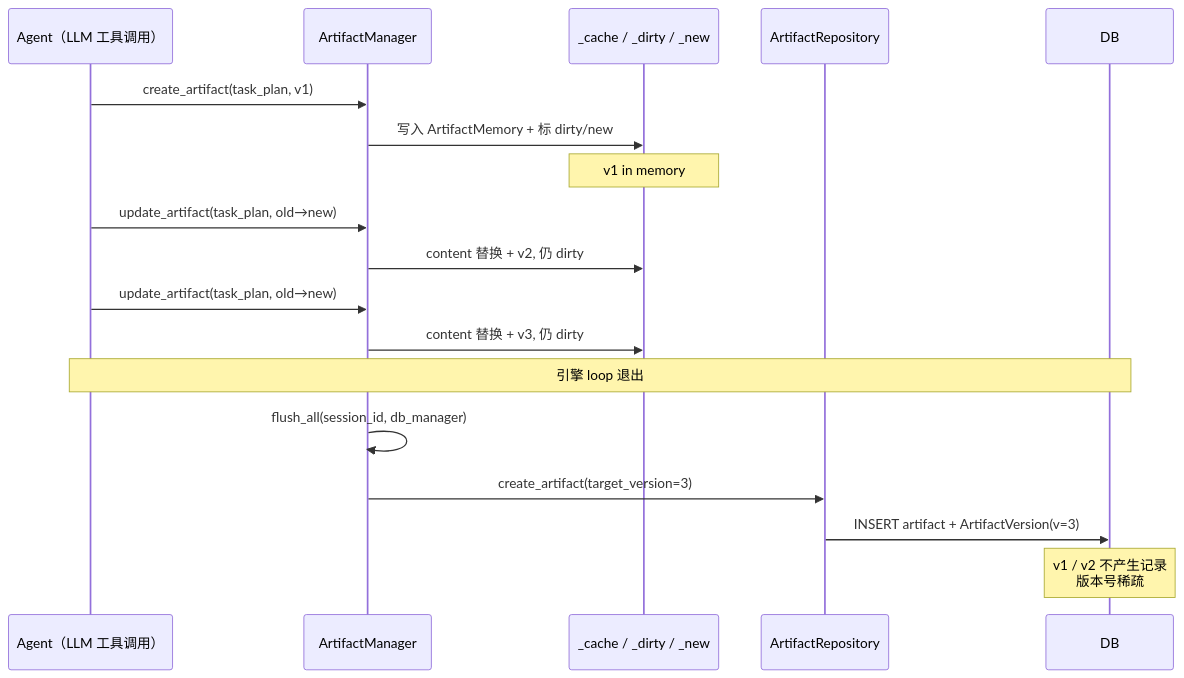
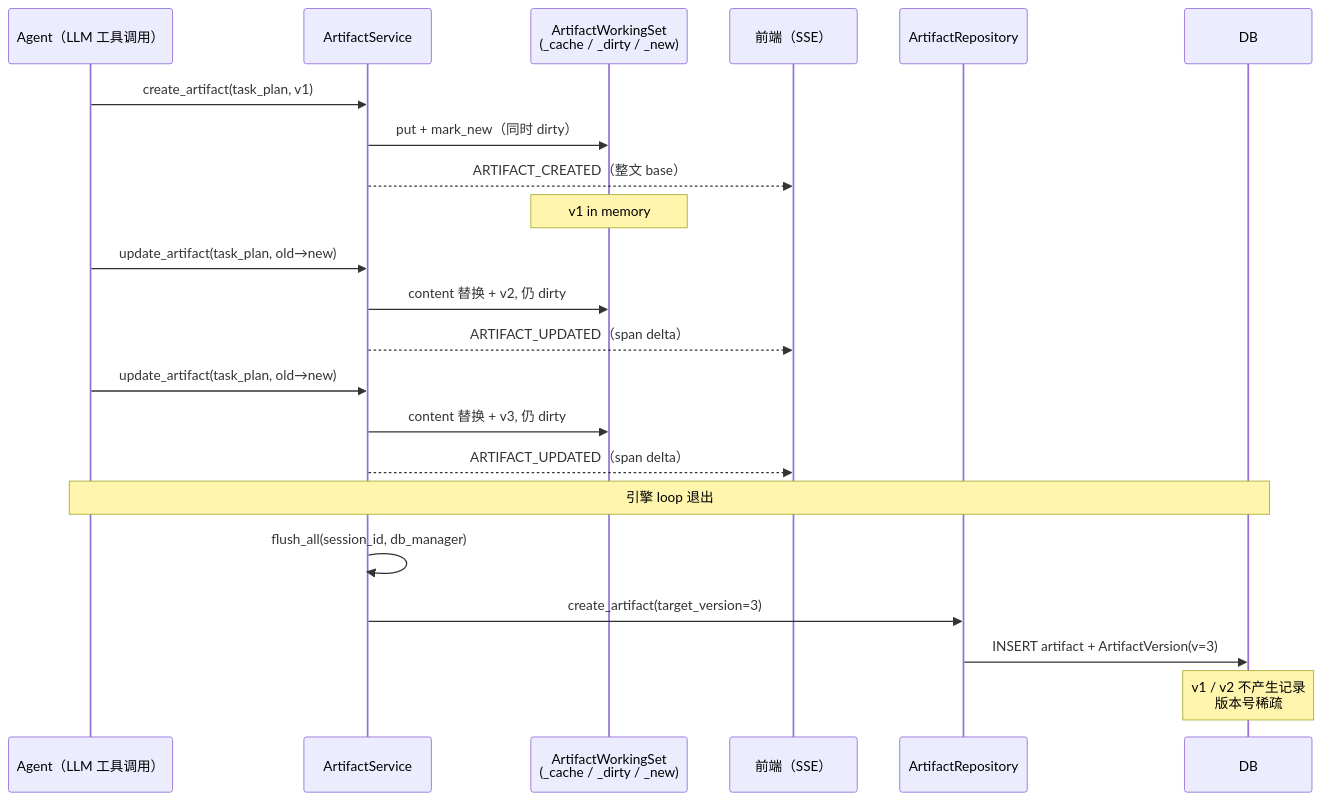
Before and after one commit to Neutrino1998/artifact-flow: the third of 4 diagrams in docs/architecture/artifacts.md, drawn with Mermaid. The commit also changed other lines of this file and 10 other files, not shown here.

````diff
--- a/docs/architecture/artifacts.md
+++ b/docs/architecture/artifacts.md
@@ -104,24 +106,28 @@
 ```mermaid
 sequenceDiagram
     participant Agent as Agent（LLM 工具调用）
-    participant Manager as ArtifactManager
-    participant Cache as _cache / _dirty / _new
+    participant Service as ArtifactService
+    participant WS as ArtifactWorkingSet<br/>(_cache / _dirty / _new)
+    participant SSE as 前端（SSE）
     participant Repo as ArtifactRepository
     participant DB
 
-    Agent->>Manager: create_artifact(task_plan, v1)
-    Manager->>Cache: 写入 ArtifactMemory + 标 dirty/new
-    Note over Cache: v1 in memory
+    Agent->>Service: create_artifact(task_plan, v1)
+    Service->>WS: put + mark_new（同时 dirty）
+    Service-->>SSE: ARTIFACT_CREATED（整文 base）
+    Note over WS: v1 in memory
 
-    Agent->>Manager: update_artifact(task_plan, old→new)
-    Manager->>Cache: content 替换 + v2, 仍 dirty
-    Agent->>Manager: update_artifact(task_plan, old→new)
-    Manager->>Cache: content 替换 + v3, 仍 dirty
+    Agent->>Service: update_artifact(task_plan, old→new)
+    Service->>WS: content 替换 + v2, 仍 dirty
+    Service-->>SSE: ARTIFACT_UPDATED（span delta）
+    Agent->>Service: update_artifact(task_plan, old→new)
+    Service->>WS: content 替换 + v3, 仍 dirty
+    Service-->>SSE: ARTIFACT_UPDATED（span delta）
 
     Note over Agent,DB: 引擎 loop 退出
 
-    Manager->>Manager: flush_all(session_id, db_manager)
-    Manager->>Repo: create_artifact(target_version=3)
+    Service->>Service: flush_all(session_id, db_manager)
+    Service->>Repo: create_artifact(target_version=3)
     Repo->>DB: INSERT artifact + ArtifactVersion(v=3)
     Note over DB: v1 / v2 不产生记录<br/>版本号稀疏
 ```
````
